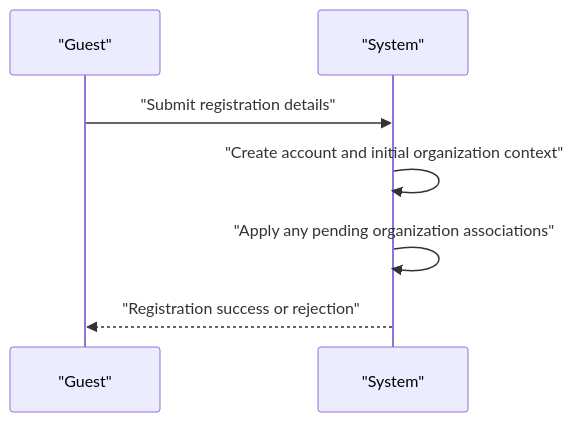
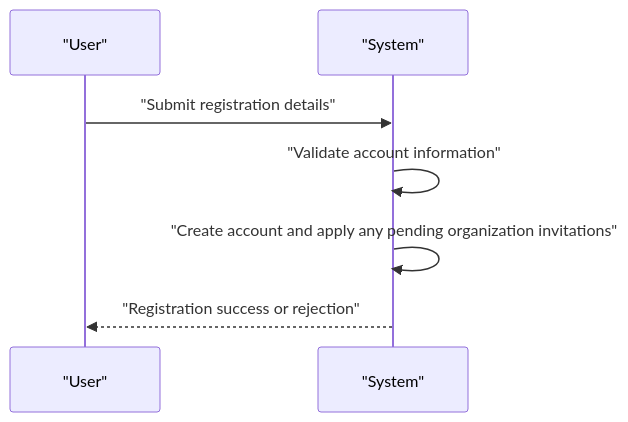
One commit to wrtnlabs/autobe-examples changed the second of 9 diagrams in openai/gpt-5.4-mini/erp/docs/analysis/01-actors-and-auth.md. Above: the diagram before and after it, drawn with Mermaid. The commit also changed other lines of this file and 9017 other files, not shown here.

````diff
--- a/openai/gpt-5.4-mini/erp/docs/analysis/01-actors-and-auth.md
+++ b/openai/gpt-5.4-mini/erp/docs/analysis/01-actors-and-auth.md
@@ -114,9 +139,9 @@
 ```mermaid
 sequenceDiagram
-    participant G as "Guest"
+    participant U as "User"
     participant S as "System"
-    G->>S: "Submit registration details"
-    S->>S: "Create account and initial organization context"
-    S->>S: "Apply any pending organization associations"
-    S-->>G: "Registration success or rejection"
+    U->>S: "Submit registration details"
+    S->>S: "Validate account information"
+    S->>S: "Create account and apply any pending organization invitations"
+    S-->>U: "Registration success or rejection"
 ```
````
